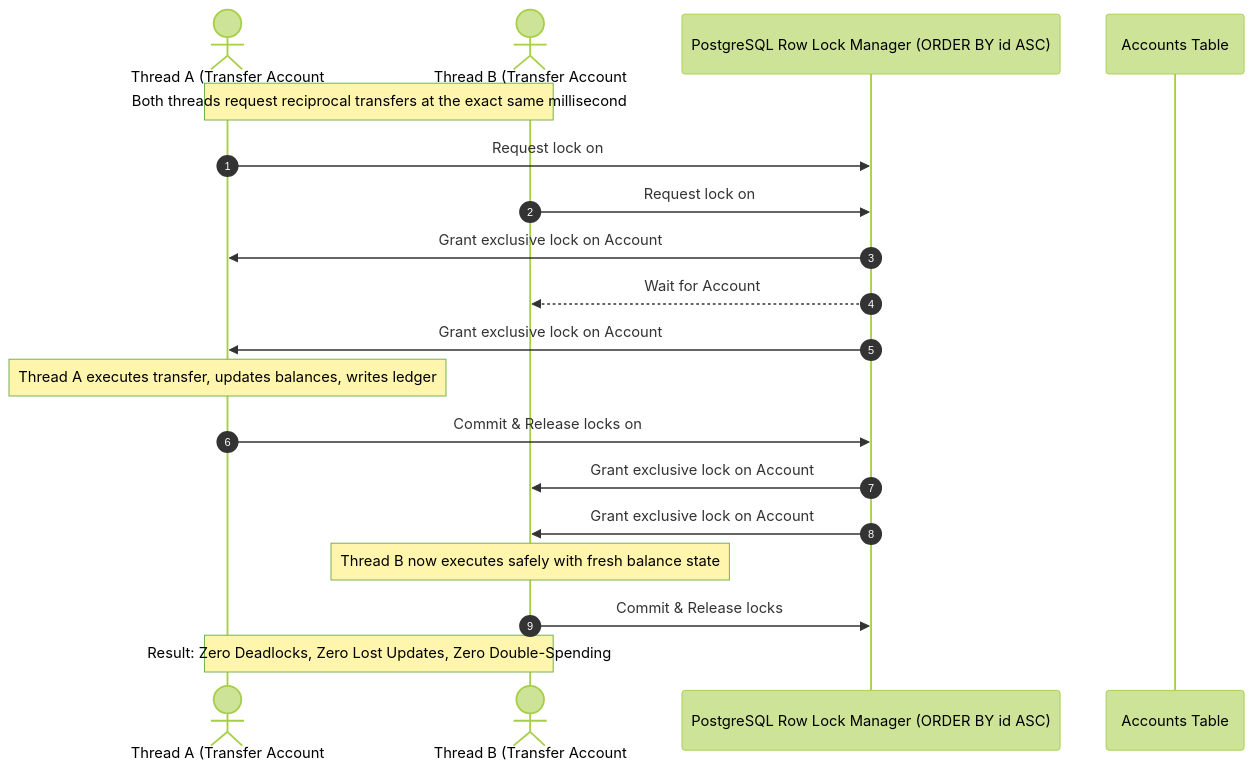
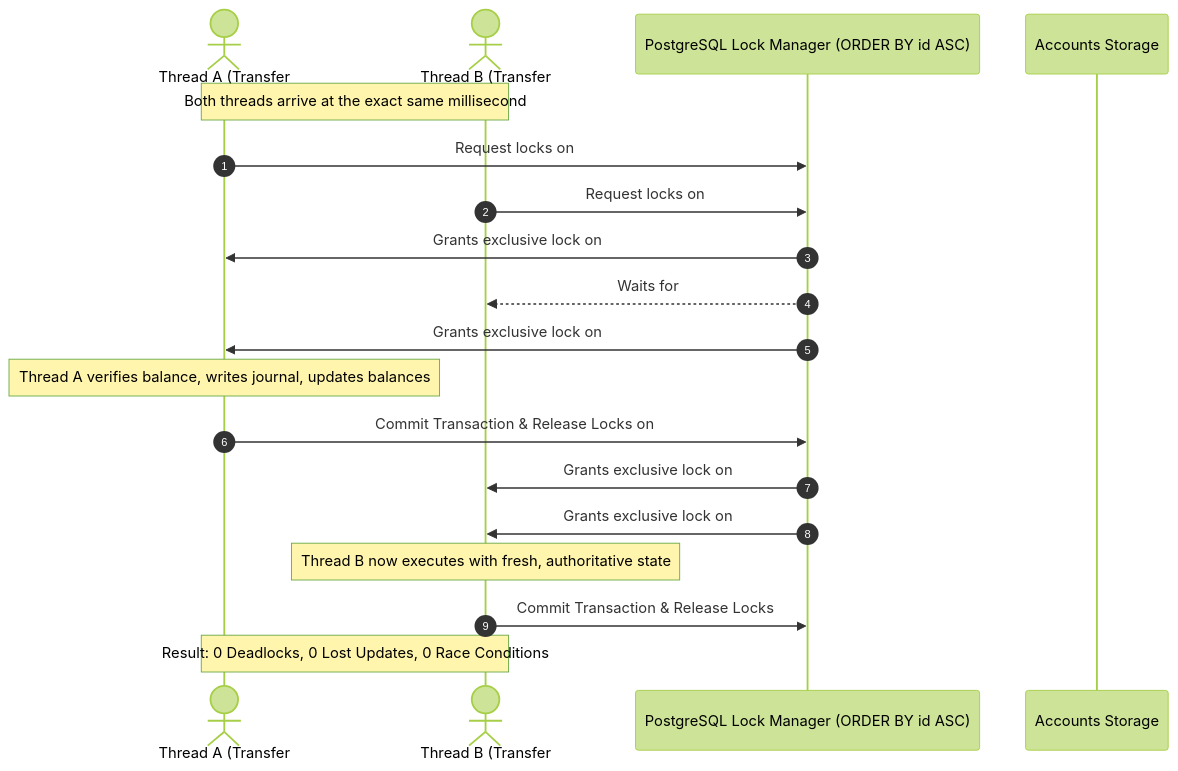
The fifth of 6 diagrams in README.md (rupasribakka/LedgerLine), drawn with Mermaid (forest theme) before and after one commit. The commit also changed other lines of this file, not shown here.

Commit message:
docs: update README with live deployments and visual architecture flows

````diff
--- a/README.md
+++ b/README.md
@@ -200,24 +215,24 @@
 ```mermaid
 sequenceDiagram
     autonumber
-    actor Alice as Thread A (Transfer Account #2 -> Account #3)
-    actor Bob as Thread B (Transfer Account #3 -> Account #2)
-    participant LockMgr as PostgreSQL Row Lock Manager (ORDER BY id ASC)
-    participant DB as Accounts Table
+    actor Alice as Thread A (Transfer #2 -> #3)
+    actor Bob as Thread B (Transfer #3 -> #2)
+    participant LockMgr as PostgreSQL Lock Manager (ORDER BY id ASC)
+    participant Storage as Accounts Storage
 
-    Note over Alice,Bob: Both threads request reciprocal transfers at the exact same millisecond
-    Alice->>LockMgr: Request lock on #2 and #3 (sorted: #2 first, then #3)
-    Bob->>LockMgr: Request lock on #3 and #2 (sorted: #2 first, then #3)
-    
-    LockMgr->>Alice: Grant exclusive lock on Account #2
-    LockMgr-->>Bob: Wait for Account #2 (Thread B queued behind Thread A)
-    LockMgr->>Alice: Grant exclusive lock on Account #3
-    Note over Alice: Thread A executes transfer, updates balances, writes ledger
-    Alice->>LockMgr: Commit & Release locks on #2 and #3
-    
-    LockMgr->>Bob: Grant exclusive lock on Account #2
-    LockMgr->>Bob: Grant exclusive lock on Account #3
-    Note over Bob: Thread B now executes safely with fresh balance state
-    Bob->>LockMgr: Commit & Release locks
-    Note over Alice,Bob: Result: Zero Deadlocks, Zero Lost Updates, Zero Double-Spending
+    Note over Alice,Bob: Both threads arrive at the exact same millisecond
+    Alice->>LockMgr: Request locks on #2 and #3 (Ascending: #2 first, then #3)
+    Bob->>LockMgr: Request locks on #3 and #2 (Ascending: #2 first, then #3)
+
+    LockMgr->>Alice: Grants exclusive lock on #2
+    LockMgr-->>Bob: Waits for #2 (Thread B safely queued behind Thread A)
+    LockMgr->>Alice: Grants exclusive lock on #3
+    Note over Alice: Thread A verifies balance, writes journal, updates balances
+    Alice->>LockMgr: Commit Transaction & Release Locks on #2 and #3
+
+    LockMgr->>Bob: Grants exclusive lock on #2
+    LockMgr->>Bob: Grants exclusive lock on #3
+    Note over Bob: Thread B now executes with fresh, authoritative state
+    Bob->>LockMgr: Commit Transaction & Release Locks
+    Note over Alice,Bob: Result: 0 Deadlocks, 0 Lost Updates, 0 Race Conditions
 ```
````
